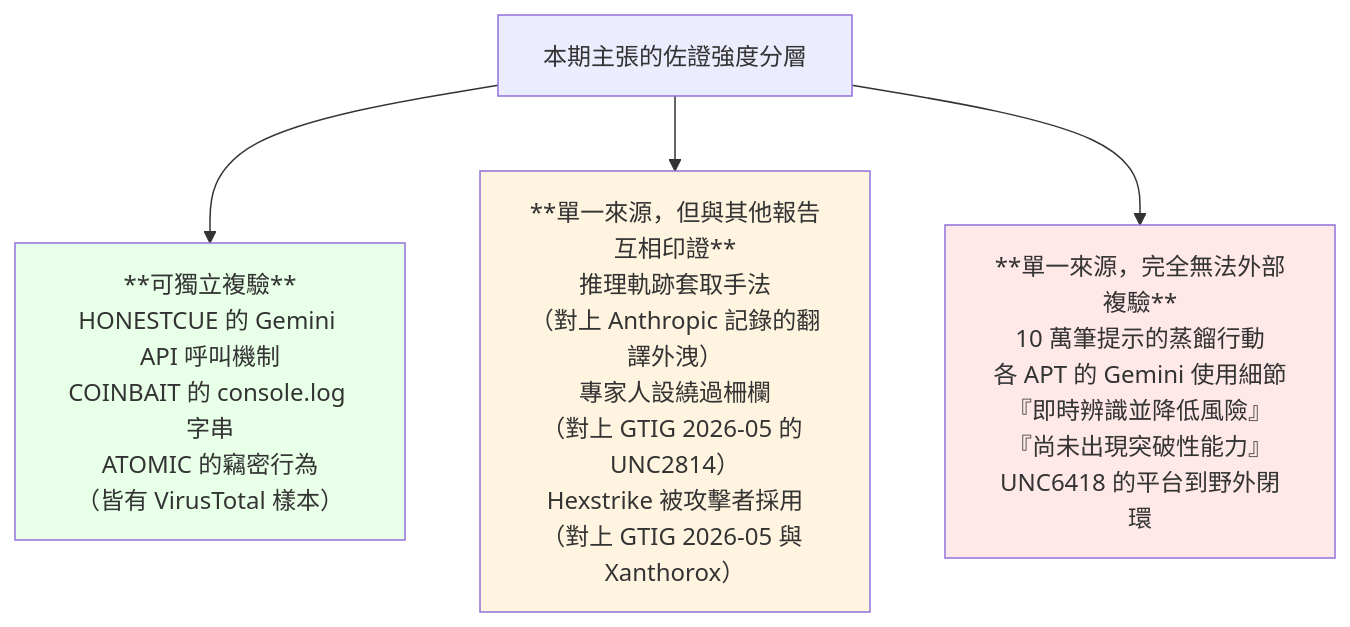
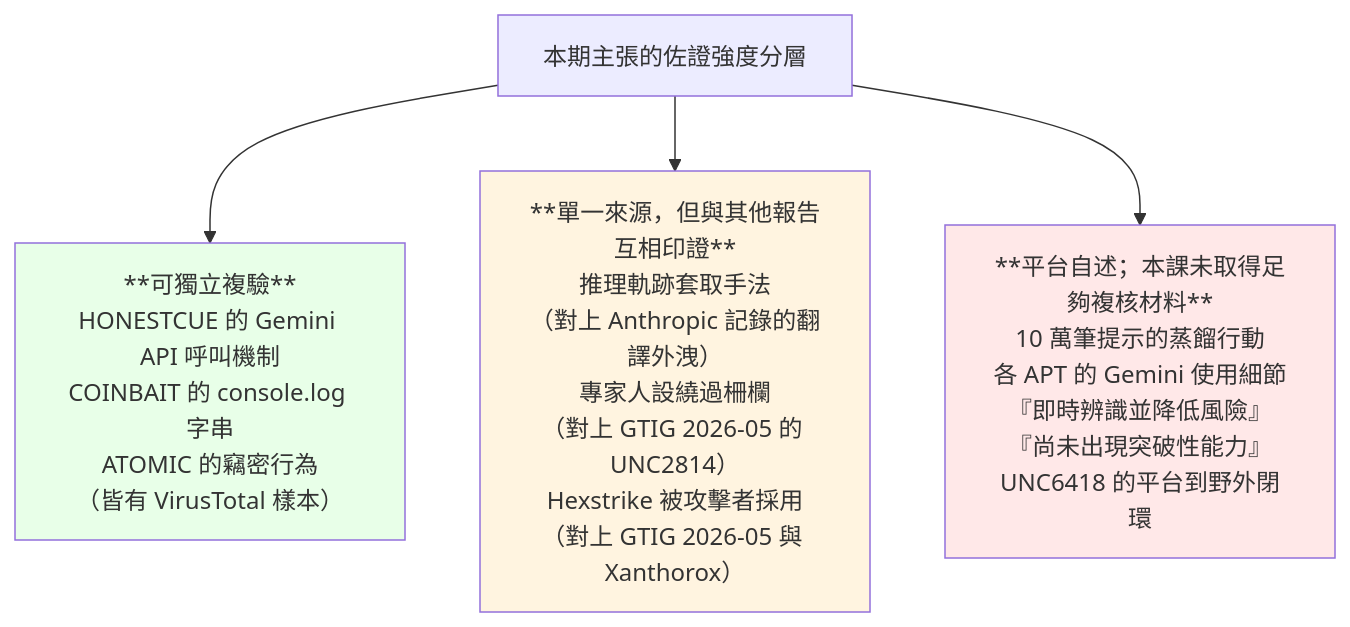
Before and after one commit to jack51706/ai-misuse-threat-intel-course: the seventh of 7 diagrams in course/09-external-research/gtig-2026-02-ai-threat-tracker.md, drawn with Mermaid. The commit also changed other lines of this file and 87 other files, not shown here.

````diff
--- a/course/09-external-research/gtig-2026-02-ai-threat-tracker.md
+++ b/course/09-external-research/gtig-2026-02-ai-threat-tracker.md
@@ -1286,10 +1286,10 @@
 ```mermaid
 flowchart TB
     A["本期主張的佐證強度分層"]
     A --> S1["**可獨立複驗**<br/>HONESTCUE 的 Gemini API 呼叫機制<br/>COINBAIT 的 console.log 字串<br/>ATOMIC 的竊密行為<br/>（皆有 VirusTotal 樣本）"]
     A --> S2["**單一來源，但與其他報告互相印證**<br/>推理軌跡套取手法<br/>（對上 Anthropic 記錄的翻譯外洩）<br/>專家人設繞過柵欄<br/>（對上 GTIG 2026-05 的 UNC2814）<br/>Hexstrike 被攻擊者採用<br/>（對上 GTIG 2026-05 與 Xanthorox）"]
-    A --> S3["**單一來源，完全無法外部複驗**<br/>10 萬筆提示的蒸餾行動<br/>各 APT 的 Gemini 使用細節<br/>『即時辨識並降低風險』<br/>『尚未出現突破性能力』<br/>UNC6418 的平台到野外閉環"]
+    A --> S3["**平台自述；本課未取得足夠複核材料**<br/>10 萬筆提示的蒸餾行動<br/>各 APT 的 Gemini 使用細節<br/>『即時辨識並降低風險』<br/>『尚未出現突破性能力』<br/>UNC6418 的平台到野外閉環"]
     style S1 fill:#e8ffe8
     style S2 fill:#fff4e0
     style S3 fill:#ffe8e8
 ```
````
